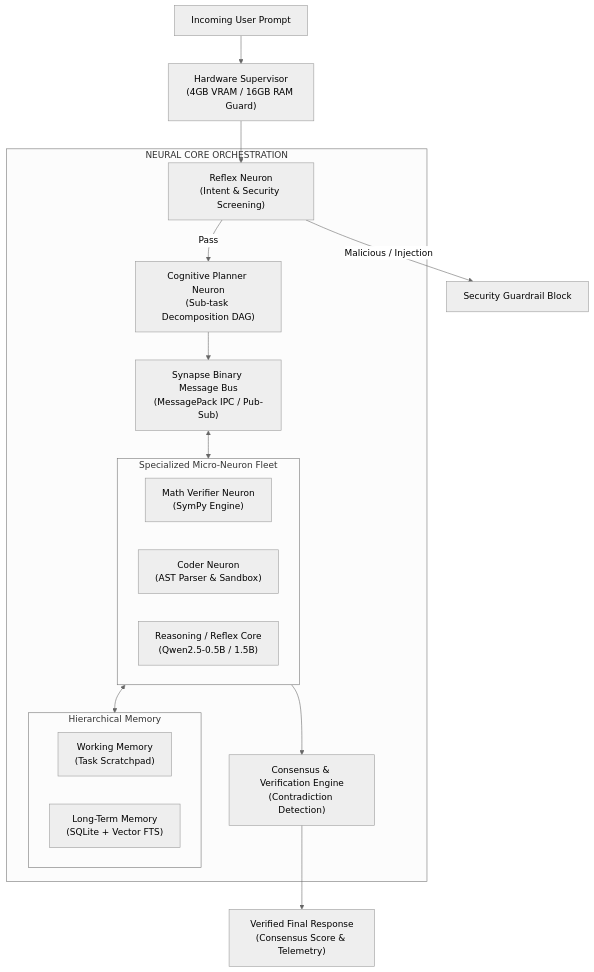
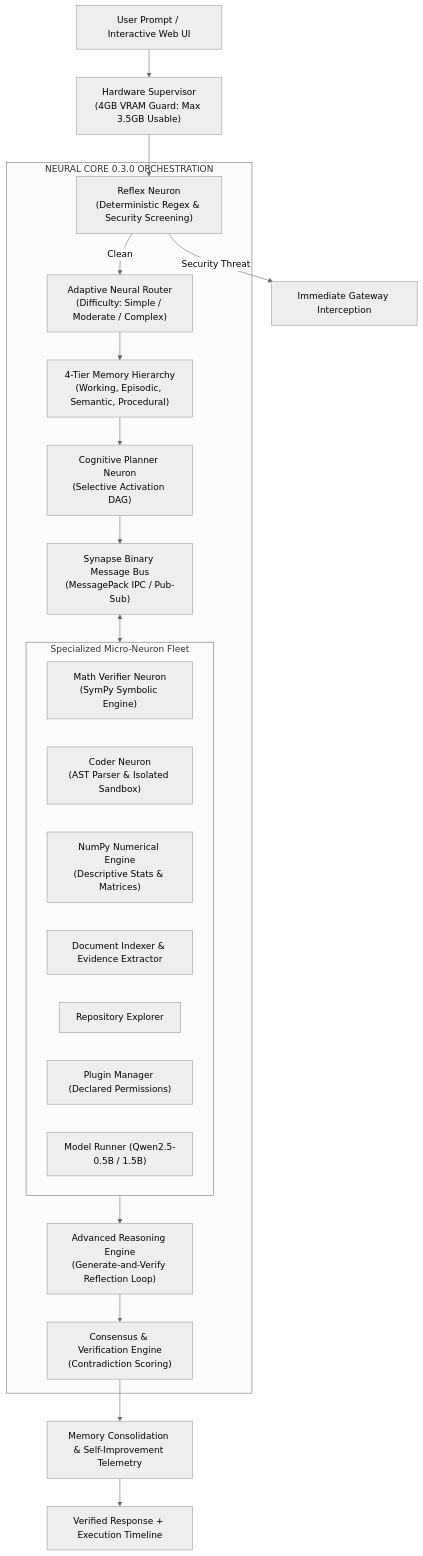
Before and after one commit to shenald-dev/gliacore: the diagram in README.md, drawn with Mermaid (neutral theme). The commit also changed other lines of this file and 31 other files, not shown here.

Commit message:
feat(phase-3): deliver NEURON 0.3.0 advanced intelligence, adaptive routing, memory hierarchy, reflection engine, 6-workspace UI, and benchmarks

````diff
--- a/README.md
+++ b/README.md
@@ -21,29 +20,31 @@
 ```mermaid
 graph TD
-    UserPrompt["Incoming User Prompt"] --> Super["Hardware Supervisor\n(4GB VRAM / 16GB RAM Guard)"]
-    Super --> Reflex["Reflex Neuron\n(Intent & Security Screening)"]
+    User["User Prompt / Interactive Web UI"] --> Super["Hardware Supervisor\n(4GB VRAM Guard: Max 3.5GB Usable)"]
+    Super --> Reflex["Reflex Neuron\n(Deterministic Regex & Security Screening)"]
     
-    subgraph Core ["NEURAL CORE ORCHESTRATION"]
-        Reflex -->|Pass| Planner["Cognitive Planner Neuron\n(Sub-task Decomposition DAG)"]
+    subgraph Core ["NEURAL CORE 0.3.0 ORCHESTRATION"]
+        Reflex -->|Clean| Router["Adaptive Neural Router\n(Difficulty: Simple / Moderate / Complex)"]
+        Router --> MemHier["4-Tier Memory Hierarchy\n(Working, Episodic, Semantic, Procedural)"]
+        
+        MemHier --> Planner["Cognitive Planner Neuron\n(Selective Activation DAG)"]
         Planner --> SynapseBus["Synapse Binary Message Bus\n(MessagePack IPC / Pub-Sub)"]
         
         subgraph NeuronFleet ["Specialized Micro-Neuron Fleet"]
-            MathN["Math Verifier Neuron\n(SymPy Engine)"]
-            CoderN["Coder Neuron\n(AST Parser & Sandbox)"]
-            GeneralN["Reasoning / Reflex Core\n(Qwen2.5-0.5B / 1.5B)"]
+            MathN["Math Verifier Neuron\n(SymPy Symbolic Engine)"]
+            CoderN["Coder Neuron\n(AST Parser & Isolated Sandbox)"]
+            NumPyN["NumPy Numerical Engine\n(Descriptive Stats & Matrices)"]
+            DocIdx["Document Indexer & Evidence Extractor"]
+            RepoEx["Repository Explorer"]
+            Plugins["Plugin Manager (Declared Permissions)"]
+            ModelRunner["Model Runner (Qwen2.5-0.5B / 1.5B)"]
         end
         
         SynapseBus <--> NeuronFleet
-        
-        subgraph MemoryHierarchy ["Hierarchical Memory"]
-            WM["Working Memory\n(Task Scratchpad)"]
-            LTM["Long-Term Memory\n(SQLite + Vector FTS)"]
-        end
-        
-        NeuronFleet <--> MemoryHierarchy
-        NeuronFleet --> Verifier["Consensus & Verification Engine\n(Contradiction Detection)"]
+        NeuronFleet --> ReasonEngine["Advanced Reasoning Engine\n(Generate-and-Verify Reflection Loop)"]
+        ReasonEngine --> Verifier["Consensus & Verification Engine\n(Contradiction Scoring)"]
     end
     
-    Reflex -->|Malicious / Injection| Blocked["Security Guardrail Block"]
-    Verifier --> FinalResponse["Verified Final Response\n(Consensus Score & Telemetry)"]
+    Reflex -->|Security Threat| Blocked["Immediate Gateway Interception"]
+    Verifier --> Consolidate["Memory Consolidation & Self-Improvement Telemetry"]
+    Consolidate --> FinalResponse["Verified Response + Execution Timeline"]
 ```
````
